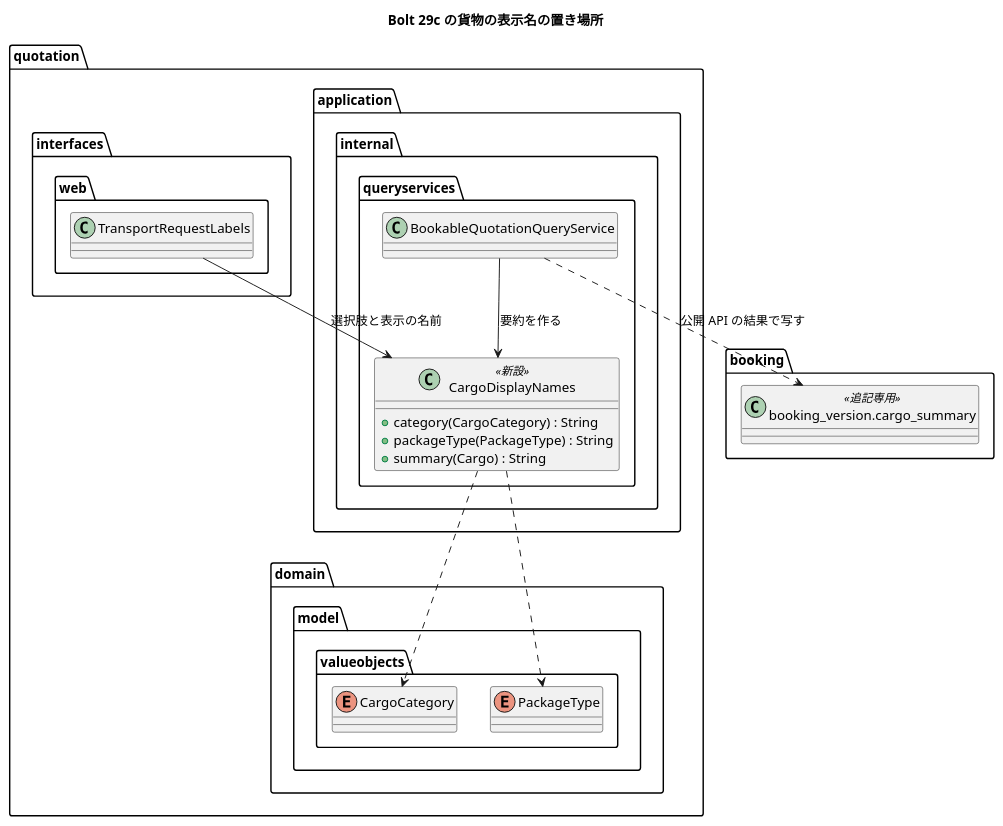
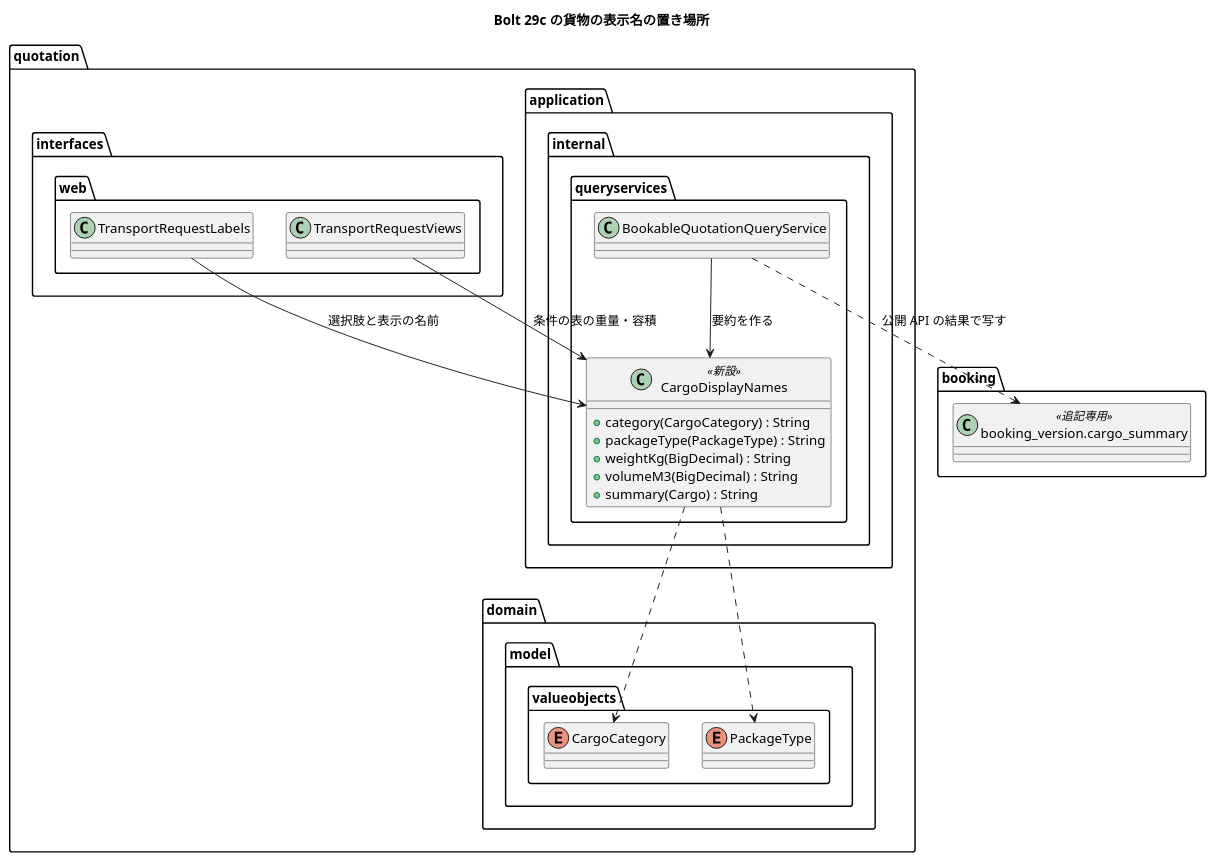
Before and after one commit to k2works/practical-domain-driven-design-in-enterpris-application: the diagram in docs/development/cargo-tracker/bolt_29c_plan.md, drawn with PlantUML. The commit also changed other lines of this file and 2 other files, not shown here.

First line of the commit message:
docs(cargo-tracker): Bolt 29c の開始準備の整合性検証の指摘を反映し、数値の書式をそろえる範囲に広げる（承認待ち）

````diff
--- a/docs/development/cargo-tracker/bolt_29c_plan.md
+++ b/docs/development/cargo-tracker/bolt_29c_plan.md
@@ -85,30 +89,34 @@
 ```plantuml
 @startuml
 title Bolt 29c の貨物の表示名の置き場所
 package "quotation" {
   package "domain.model.valueobjects" {
     enum CargoCategory
     enum PackageType
   }
   package "application.internal.queryservices" {
     class CargoDisplayNames <<新設>> {
       + category(CargoCategory) : String
       + packageType(PackageType) : String
+      + weightKg(BigDecimal) : String
+      + volumeM3(BigDecimal) : String
       + summary(Cargo) : String
     }
     class BookableQuotationQueryService
   }
   package "interfaces.web" {
     class TransportRequestLabels
+    class TransportRequestViews
   }
 }
 package "booking" {
   class "booking_version.cargo_summary" as summary <<追記専用>>
 }
 CargoDisplayNames ..> CargoCategory
 CargoDisplayNames ..> PackageType
 BookableQuotationQueryService --> CargoDisplayNames : 要約を作る
 TransportRequestLabels --> CargoDisplayNames : 選択肢と表示の名前
+TransportRequestViews --> CargoDisplayNames : 条件の表の重量・容積
 BookableQuotationQueryService ..> summary : 公開 API の結果で写す
 @enduml
 ```
````
